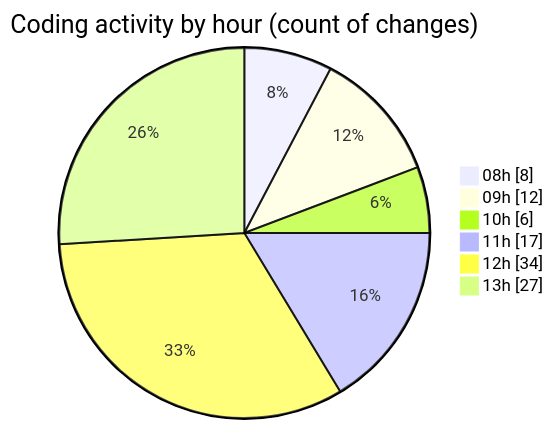
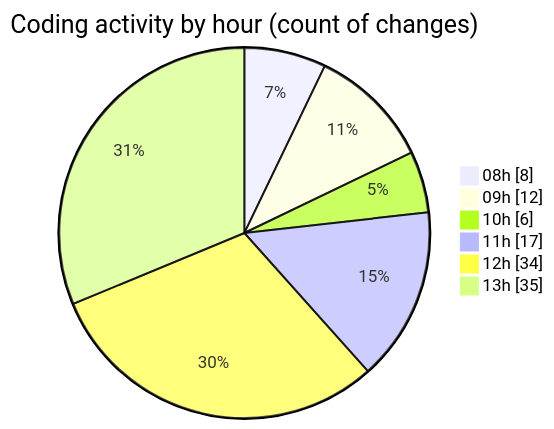
The second of 2 diagrams in 2025-09-15/cda/README.md (momahboobian/code-tracking), drawn with Mermaid before and after one commit. The commit also changed other lines of this file and 1 other file, not shown here.

````diff
--- a/2025-09-15/cda/README.md
+++ b/2025-09-15/cda/README.md
@@ -35,10 +35,10 @@
 ```mermaid
 pie showData
 title Coding activity by hour (count of changes)
 "08h" : 8
 "09h" : 12
 "10h" : 6
 "11h" : 17
 "12h" : 34
-"13h" : 27
+"13h" : 35
 ```
````
